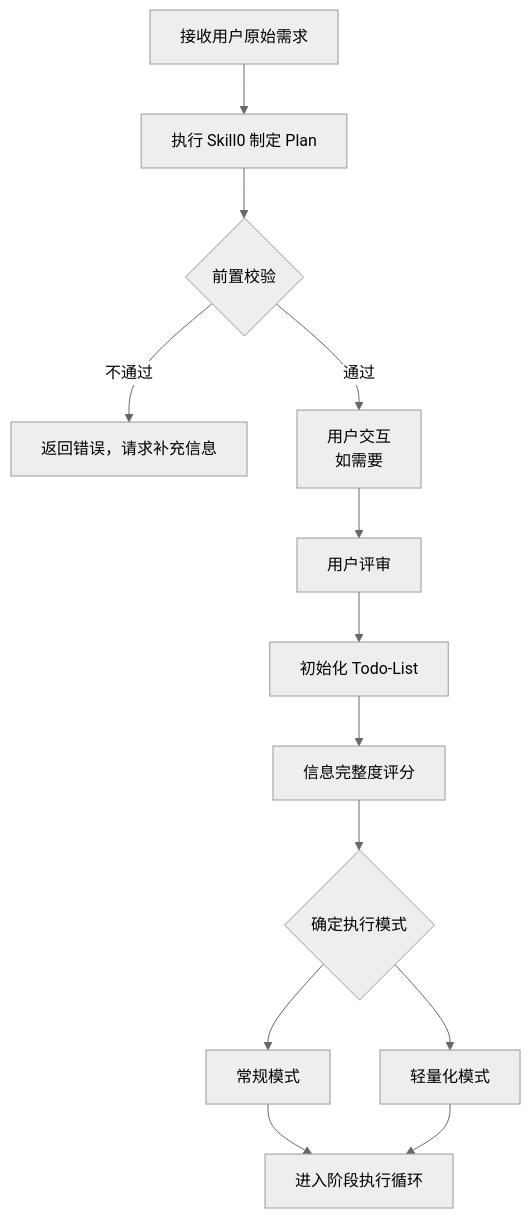
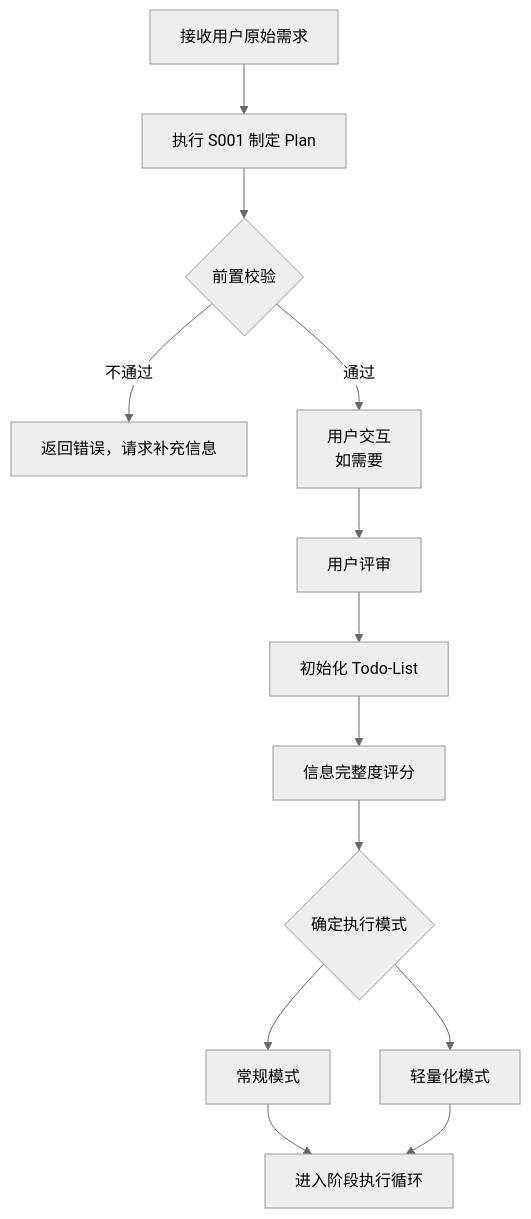
The first of 8 diagrams in agents/coordinator.md (HeartFlying/swf), drawn with Mermaid (neutral theme) before and after one commit. The commit also changed other lines of this file and 82 other files, not shown here.

````diff
--- a/agents/coordinator.md
+++ b/agents/coordinator.md
@@ -25,15 +25,15 @@
 ```mermaid
 flowchart TD
-    Start[接收用户原始需求] --> Skill0[执行 Skill0 制定 Plan]
+    Start[接收用户原始需求] --> Skill0[执行 S001 制定 Plan]
     Skill0 --> Check{前置校验}
     Check -->|不通过 | Error[返回错误，请求补充信息]
     Check -->|通过 | Interact[用户交互<br/>如需要]
     Interact --> Review[用户评审]
     Review --> Init[初始化 Todo-List]
     Init --> Score[信息完整度评分]
     Score --> Mode{确定执行模式}
     Mode --> Normal[常规模式]
     Mode --> Light[轻量化模式]
     Normal --> Loop[进入阶段执行循环]
     Light --> Loop
 ```
````
